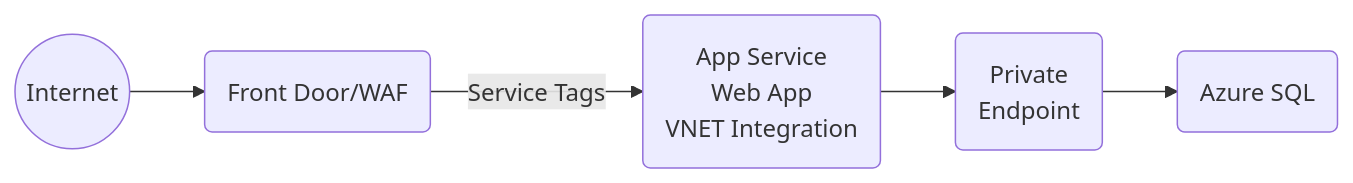
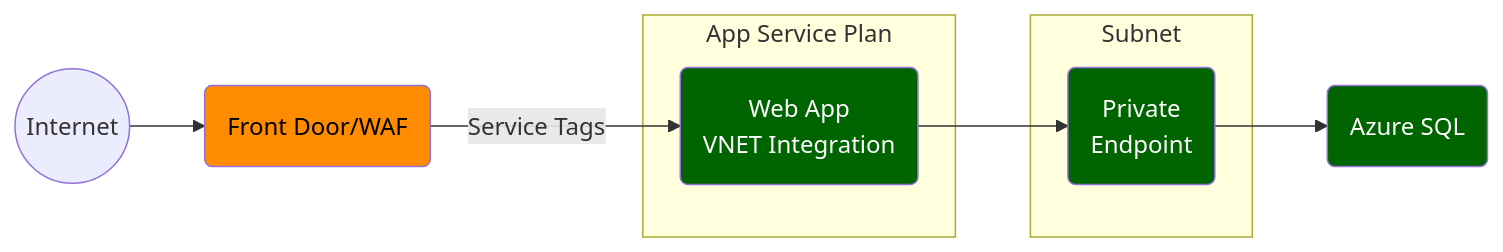
Before and after one commit to msalemor/app-services-networking: the fourth of 7 diagrams in README.md, drawn with Mermaid.

````diff
--- a/README.md
+++ b/README.md
@@ -139,11 +139,21 @@
 ```mermaid
 graph LR;
   A((Internet))-->B(Front Door/WAF);
-  B-- Service Tags -->C(App Service<br/>Web App<br/>VNET Integration);
-  C-->D(Private<br/>Endpoint);
-  D-->E(Azure SQL);
+  B-- Service Tags -->a1;
+  
+    subgraph "App Service Plan"
+      a1(Web App<br/>VNET Integration);
+    end;
+  
+  a1-->a2;
+  subgraph "Subnet"
+    a2(Private<br/>Endpoint);
+  end;
+  a2-->E(Azure SQL);
   classDef internet fill:#007FFF,color:white;
-  classDef unsafe fill:green,color:white;
-  classDef semisafe fill:orange,color:black;
-  classDef safe fill:red,color:white;  
+  classDef unsafe fill:#ff3333,color:white;
+  classDef semisafe fill:darkorange,color:black;
+  classDef safe fill:darkgreen,color:white;
+  class B semisafe;
+  class a1,a2,E safe;
 ```
````
